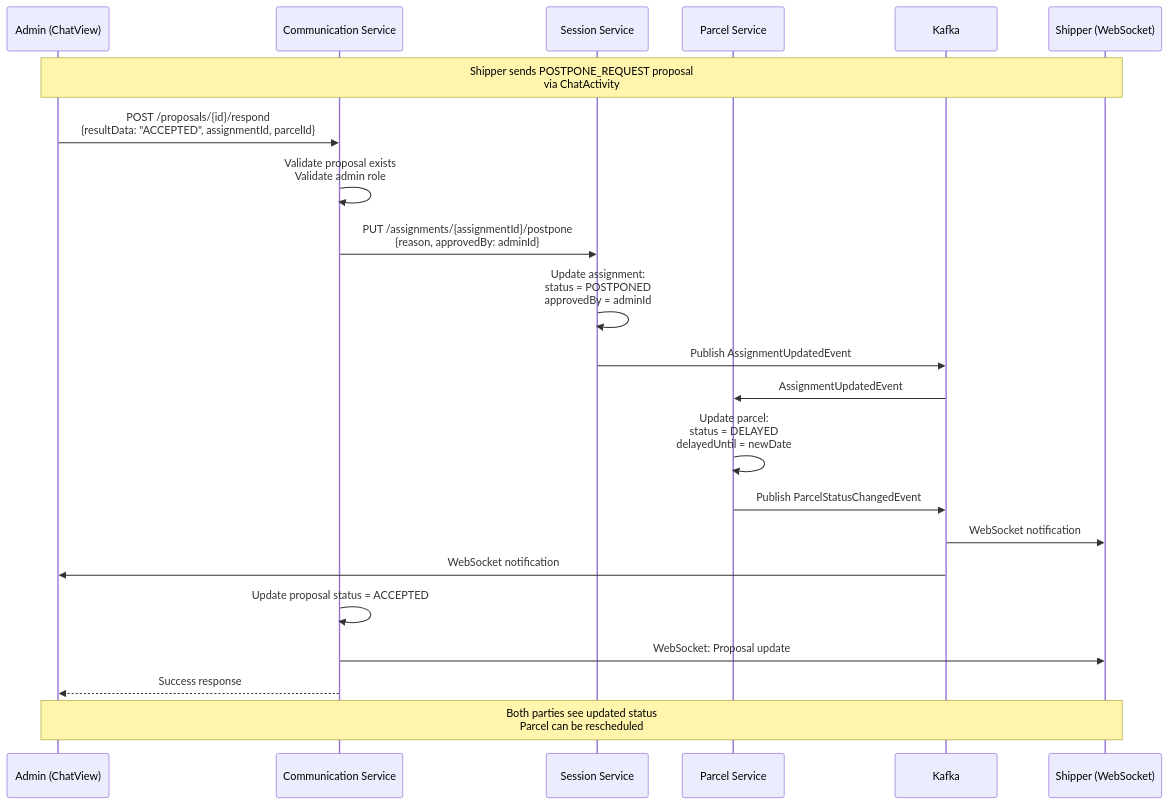
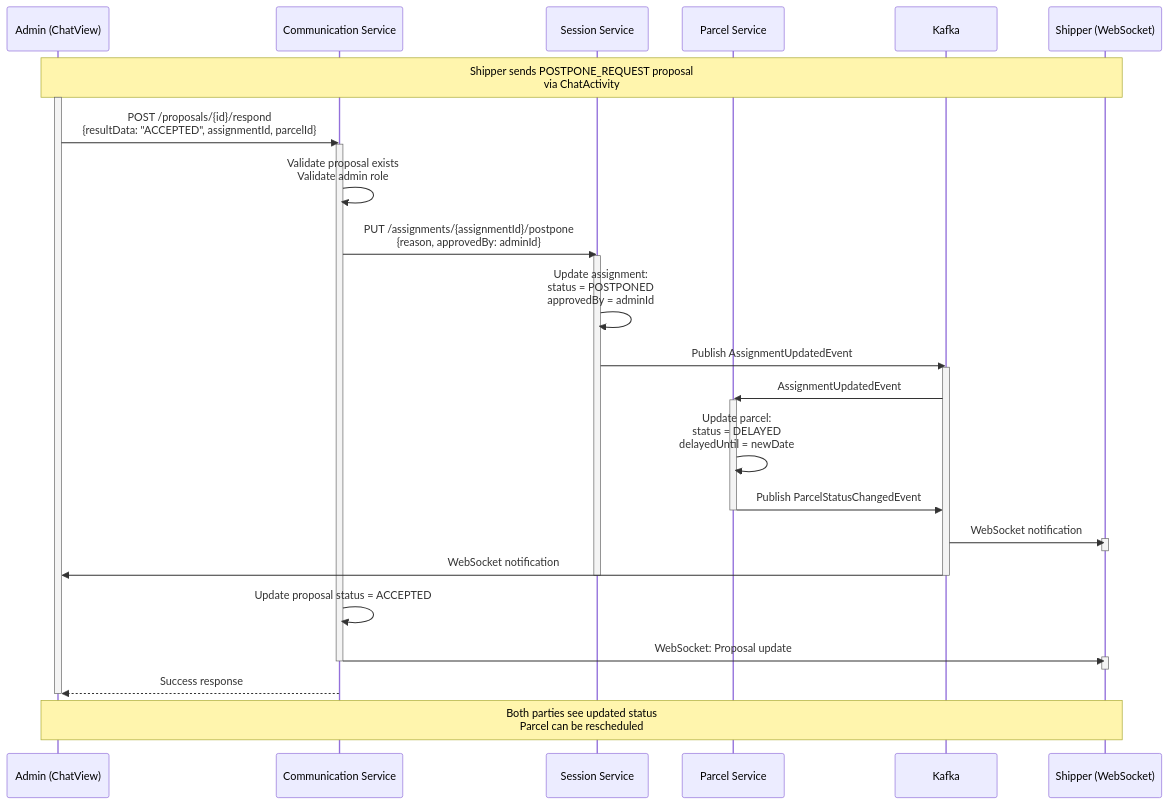
Before and after one commit to hungdev11/Delivery-Coodinating-System-And-Delivery-App: the second of 2 diagrams in reports/features/admin/approve-postpone.md, drawn with Mermaid. The commit also changed 11 other files, not shown here.

Commit message:
add processing bar for sequence diagram

````diff
--- a/reports/features/admin/approve-postpone.md
+++ b/reports/features/admin/approve-postpone.md
@@ -31,31 +31,42 @@
 ```mermaid
 sequenceDiagram
     participant Admin as Admin (ChatView)
     participant CommSvc as Communication Service
     participant SessionSvc as Session Service
     participant ParcelSvc as Parcel Service
     participant Kafka as Kafka
     participant Shipper as Shipper (WebSocket)
     
     Note over Admin,Shipper: Shipper sends POSTPONE_REQUEST proposal<br/>via ChatActivity
     
+    activate Admin
     Admin->>CommSvc: POST /proposals/{id}/respond<br/>{resultData: "ACCEPTED", assignmentId, parcelId}
+    activate CommSvc
     CommSvc->>CommSvc: Validate proposal exists<br/>Validate admin role
     
     CommSvc->>SessionSvc: PUT /assignments/{assignmentId}/postpone<br/>{reason, approvedBy: adminId}
+    activate SessionSvc
     SessionSvc->>SessionSvc: Update assignment:<br/>status = POSTPONED<br/>approvedBy = adminId
-    
     SessionSvc->>Kafka: Publish AssignmentUpdatedEvent
+    activate Kafka
     Kafka->>ParcelSvc: AssignmentUpdatedEvent
+    activate ParcelSvc
     ParcelSvc->>ParcelSvc: Update parcel:<br/>status = DELAYED<br/>delayedUntil = newDate
-    
     ParcelSvc->>Kafka: Publish ParcelStatusChangedEvent
+    deactivate ParcelSvc
     Kafka->>Shipper: WebSocket notification
+    activate Shipper
+    deactivate Shipper
     Kafka->>Admin: WebSocket notification
-    
+    deactivate Kafka
+    deactivate SessionSvc
     CommSvc->>CommSvc: Update proposal status = ACCEPTED
     CommSvc->>Shipper: WebSocket: Proposal update
+    activate Shipper
+    deactivate Shipper
+    deactivate CommSvc
     CommSvc-->>Admin: Success response
+    deactivate Admin
     
     Note over Admin,Shipper: Both parties see updated status<br/>Parcel can be rescheduled
 ```
````
